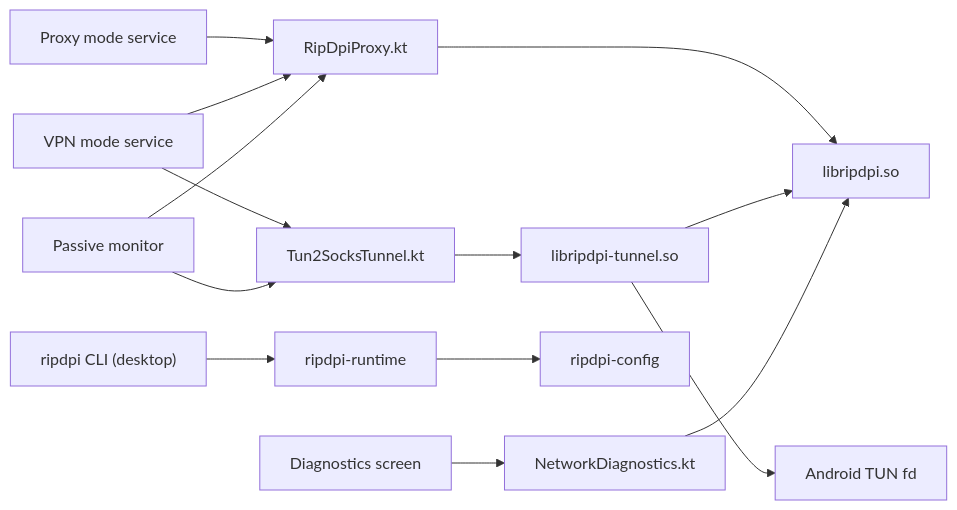
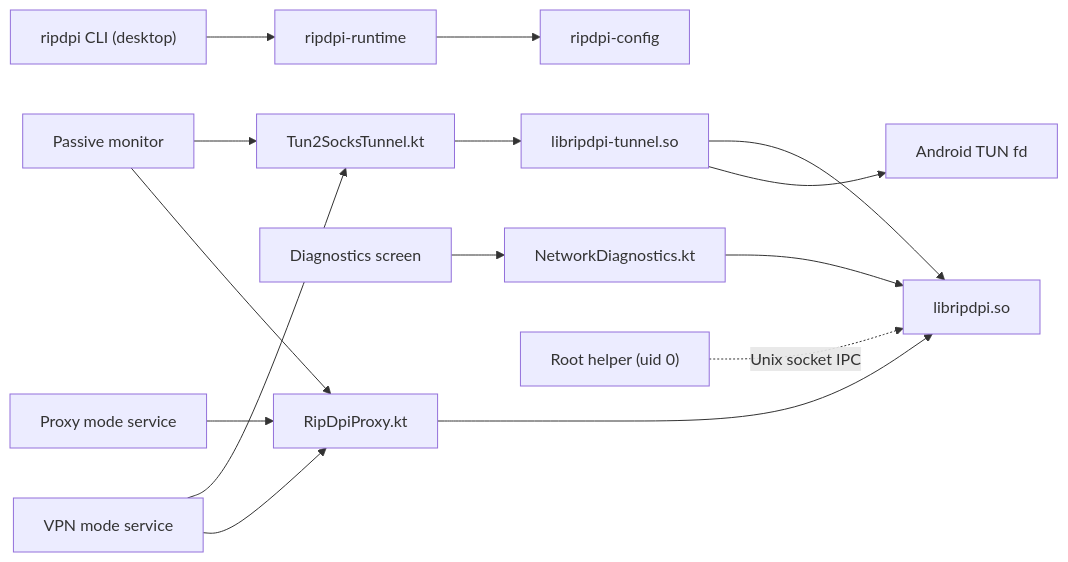
Before and after one commit to po4yka/RIPDPI: the first of 4 diagrams in docs/native/README.md, drawn with Mermaid. The commit also changed other lines of this file and 6 other files, not shown here.

First line of the commit message:
docs: update project documentation for root helper

````diff
--- a/docs/native/README.md
+++ b/docs/native/README.md
@@ -40,16 +41,17 @@
 ```mermaid
 flowchart LR
   A["Proxy mode service"] --> B["RipDpiProxy.kt"]
   C["VPN mode service"] --> B
   B --> D["libripdpi.so"]
   C --> E["Tun2SocksTunnel.kt"]
   E --> F["libripdpi-tunnel.so"]
   F --> G["Android TUN fd"]
   F --> D
   H["Diagnostics screen"] --> I["NetworkDiagnostics.kt"]
   I --> D
   J["Passive monitor"] --> B
   J --> E
   K["ripdpi CLI (desktop)"] --> L["ripdpi-runtime"]
   L --> M["ripdpi-config"]
+  N["Root helper (uid 0)"] -.->|Unix socket IPC| D
 ```
````
